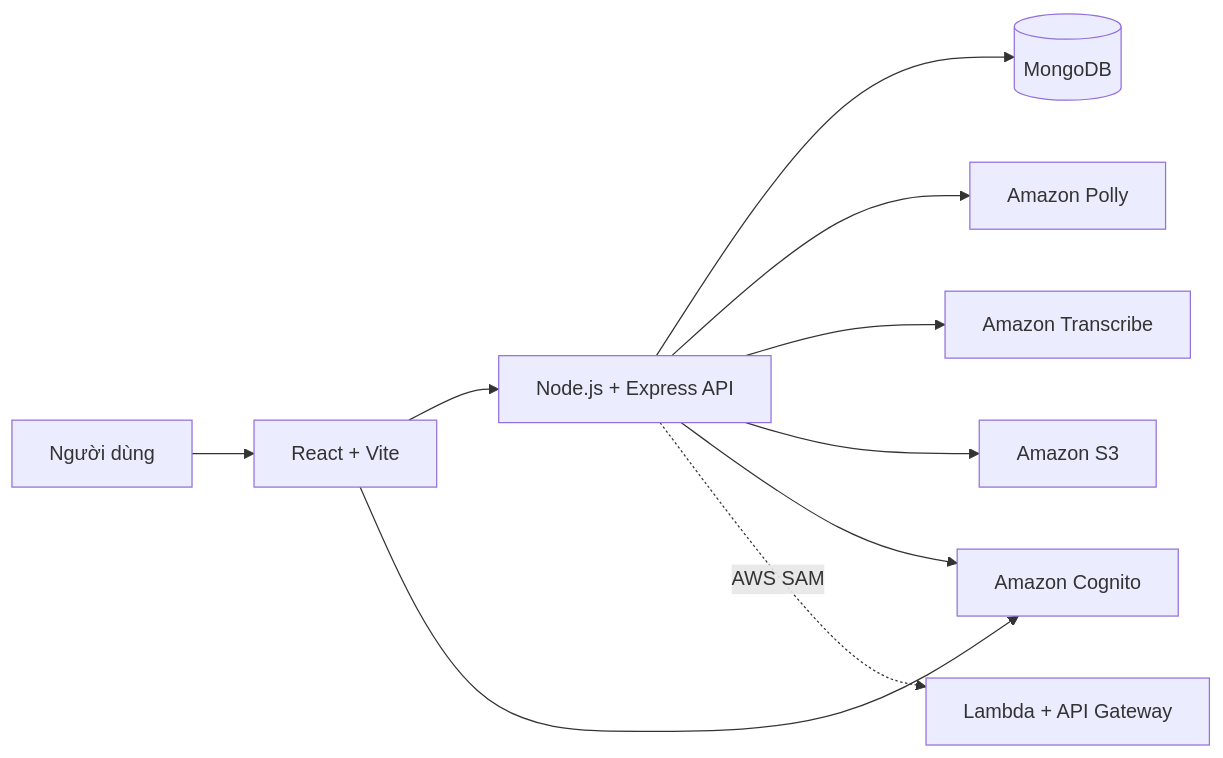
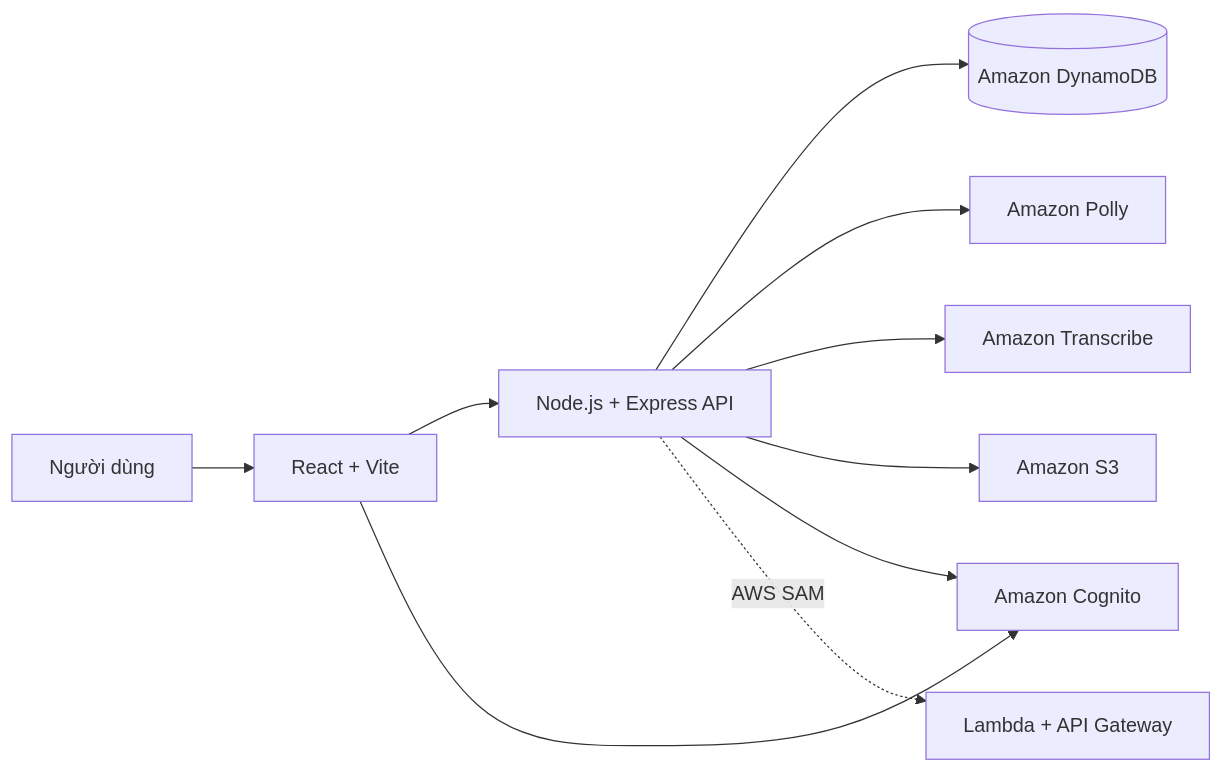
Before and after one commit to super-chickens-aws/polly-voice: the diagram in README.md, drawn with Mermaid. The commit also changed other lines of this file and 13 other files, not shown here.

````diff
--- a/README.md
+++ b/README.md
@@ -13,12 +13,12 @@
 ```mermaid
 flowchart LR
   U["Người dùng"] --> R["React + Vite"]
   R --> A["Node.js + Express API"]
-  A --> M[("MongoDB")]
+  A --> D[("Amazon DynamoDB")]
   A --> P["Amazon Polly"]
   A --> T["Amazon Transcribe"]
   A --> S["Amazon S3"]
   R --> C["Amazon Cognito"]
   A --> C
   A -. "AWS SAM" .-> L["Lambda + API Gateway"]
 ```
````
